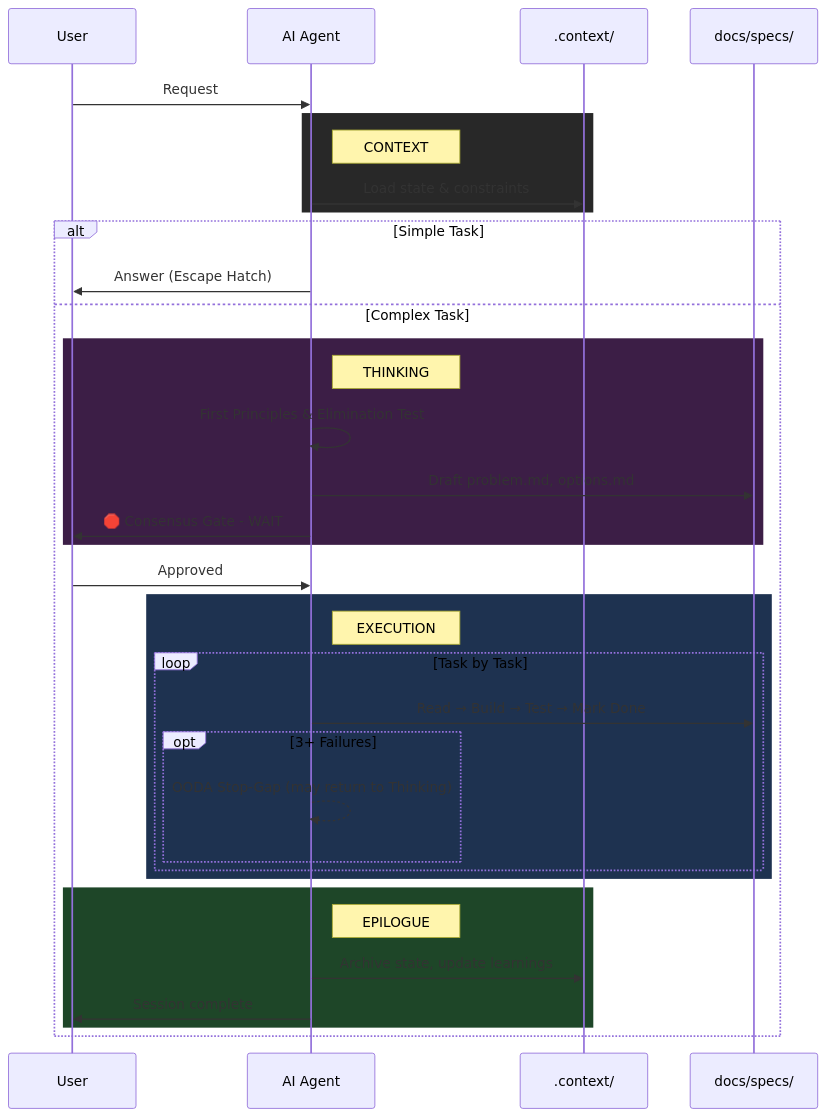
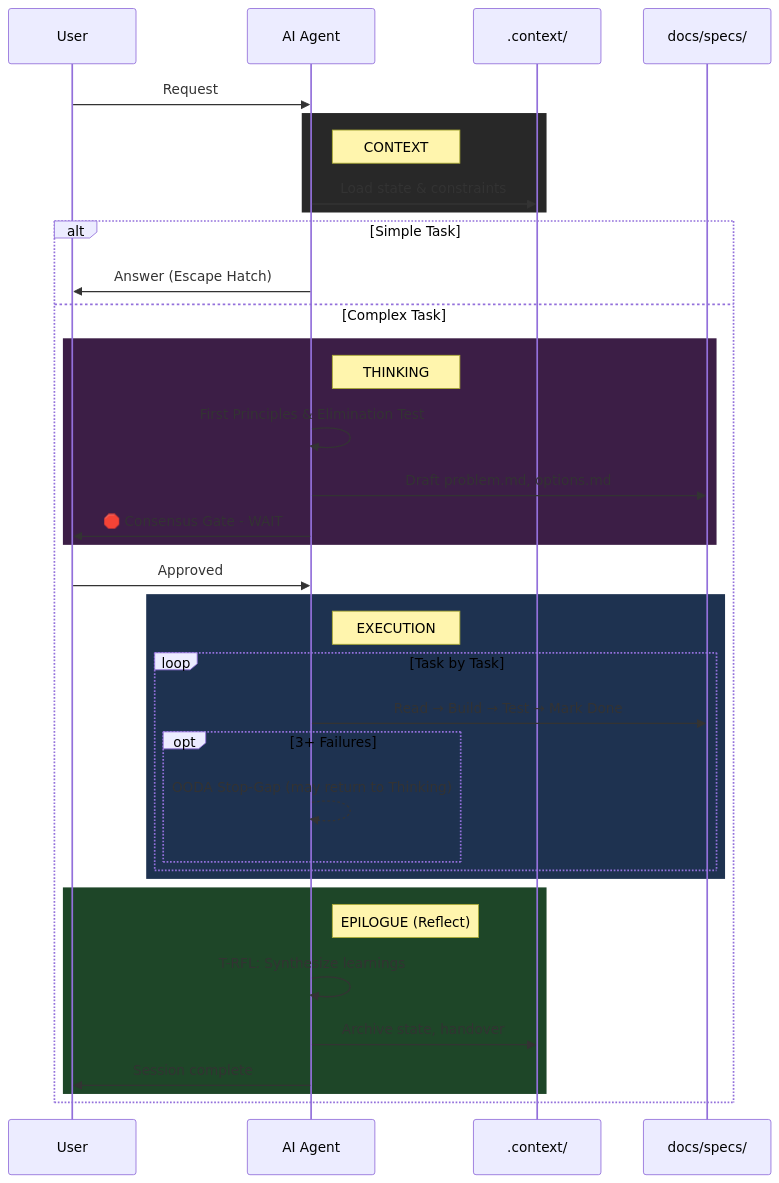
The diagram in README.md (Skeptomenos/Anamnesis), drawn with Mermaid before and after one commit. The commit also changed other lines of this file and 5 other files, not shown here.

First line of the commit message:
feat(v4.1): add Phase T-RFL for reflective Epilogue synthesis

````diff
--- a/README.md
+++ b/README.md
@@ -63,43 +63,44 @@
 ```mermaid
 sequenceDiagram
     participant User
     participant AI as AI Agent
     participant Context as .context/
     participant Specs as docs/specs/
 
     User->>AI: Request
 
     rect rgb(40, 40, 40)
     Note right of AI: CONTEXT
     AI->>Context: Load state & constraints
     end
 
     alt Simple Task
         AI->>User: Answer (Escape Hatch)
     else Complex Task
         rect rgb(60, 30, 70)
         Note right of AI: THINKING
         AI->>AI: First Principles & Elimination Test
         AI->>Specs: Draft problem.md, options.md
         AI->>User: 🛑 Consensus Gate - WAIT
         end
         
         User->>AI: Approved
 
         rect rgb(30, 50, 80)
         Note right of AI: EXECUTION
         loop Task by Task
             AI->>Specs: Read → Build → Test → Mark Done
             opt 3+ Failures
                 AI-->>AI: OODA Stop-Gap (may return to Thinking)
             end
         end
         end
 
         rect rgb(30, 70, 40)
-        Note right of AI: EPILOGUE
-        AI->>Context: Archive state, update learnings
+        Note right of AI: EPILOGUE (Reflect)
+        AI->>AI: T-RFL: Synthesize learnings
+        AI->>Context: Archive state, handover
         AI->>User: Session complete
         end
     end
 ```
````
